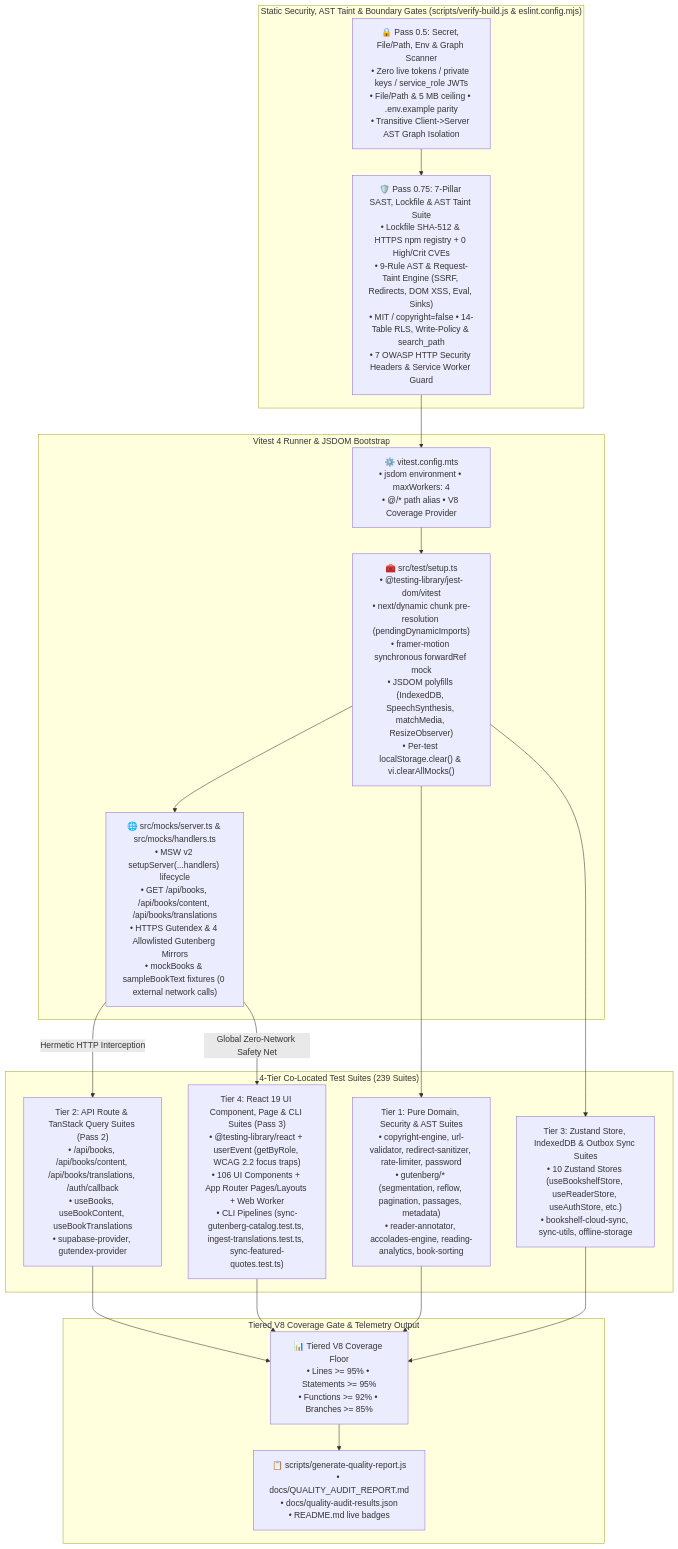
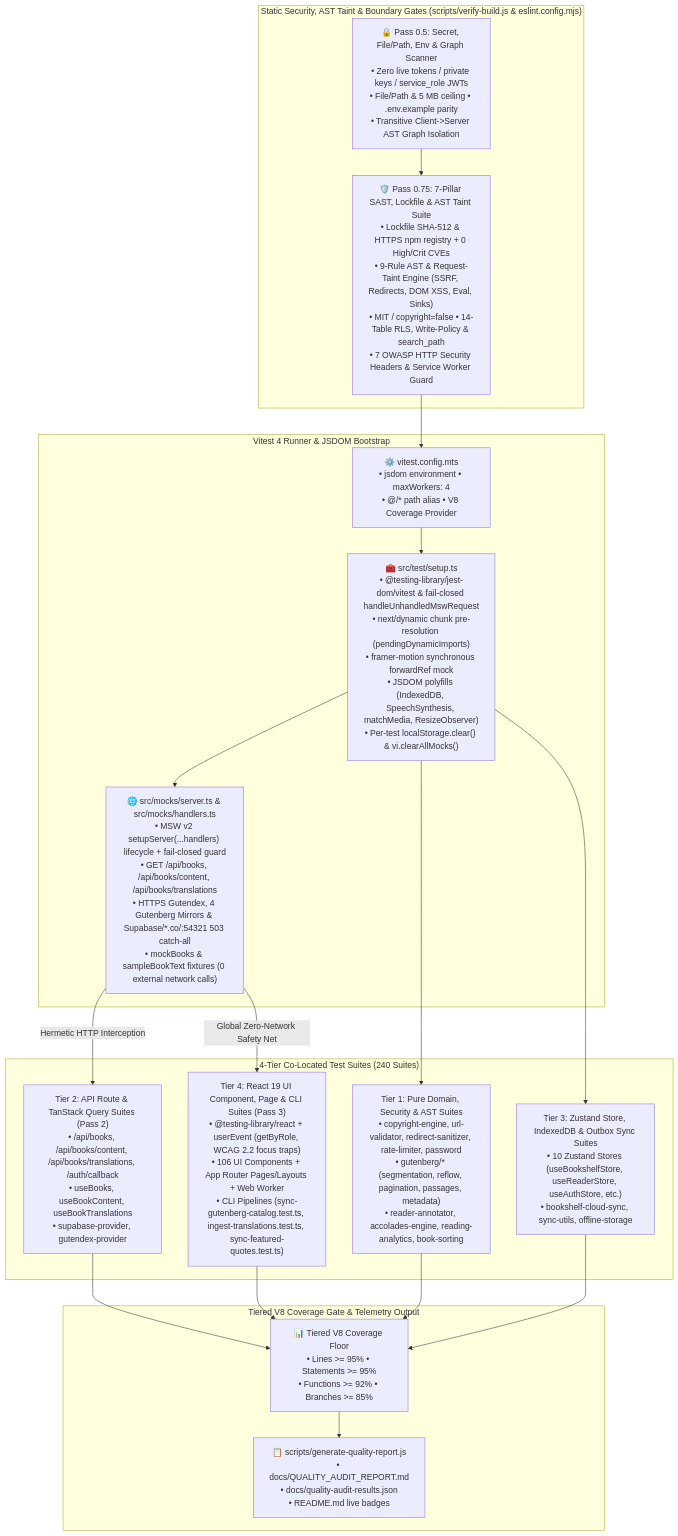
One commit to calin-m/Bookarium changed the ninth of 13 diagrams in docs/ARCHITECTURE.md. Above: the diagram before and after it, drawn with Mermaid. The commit also changed other lines of this file and 64 other files, not shown here.

First line of the commit message:
perf(sync,cache,test): coalesce Supabase auth/store syncs, enforce 15s cooldowns, align server/Edge caching and fail-closed MSW isolation

````diff
--- a/docs/ARCHITECTURE.md
+++ b/docs/ARCHITECTURE.md
@@ -1139,39 +1139,39 @@
 ```mermaid
 flowchart TD
     subgraph SecurityGates ["Static Security, AST Taint & Boundary Gates (scripts/verify-build.js & eslint.config.mjs)"]
         Pass05["🔒 Pass 0.5: Secret, File/Path, Env & Graph Scanner\n• Zero live tokens / private keys / service_role JWTs\n• File/Path & 5 MB ceiling • .env.example parity\n• Transitive Client->Server AST Graph Isolation"]
         Pass075["🛡️ Pass 0.75: 7-Pillar SAST, Lockfile & AST Taint Suite\n• Lockfile SHA-512 & HTTPS npm registry + 0 High/Crit CVEs\n• 9-Rule AST & Request-Taint Engine (SSRF, Redirects, DOM XSS, Eval, Sinks)\n• MIT / copyright=false • 14-Table RLS, Write-Policy & search_path\n• 7 OWASP HTTP Security Headers & Service Worker Guard"]
     end
 
     subgraph TestRunner ["Vitest 4 Runner & JSDOM Bootstrap"]
         VitestCfg["⚙️ vitest.config.mts\n• jsdom environment • maxWorkers: 4\n• @/* path alias • V8 Coverage Provider"]
-        TestSetup["🧰 src/test/setup.ts\n• @testing-library/jest-dom/vitest\n• next/dynamic chunk pre-resolution (pendingDynamicImports)\n• framer-motion synchronous forwardRef mock\n• JSDOM polyfills (IndexedDB, SpeechSynthesis, matchMedia, ResizeObserver)\n• Per-test localStorage.clear() & vi.clearAllMocks()"]
-        MSWServer["🌐 src/mocks/server.ts & src/mocks/handlers.ts\n• MSW v2 setupServer(...handlers) lifecycle\n• GET /api/books, /api/books/content, /api/books/translations\n• HTTPS Gutendex & 4 Allowlisted Gutenberg Mirrors\n• mockBooks & sampleBookText fixtures (0 external network calls)"]
+        TestSetup["🧰 src/test/setup.ts\n• @testing-library/jest-dom/vitest & fail-closed handleUnhandledMswRequest\n• next/dynamic chunk pre-resolution (pendingDynamicImports)\n• framer-motion synchronous forwardRef mock\n• JSDOM polyfills (IndexedDB, SpeechSynthesis, matchMedia, ResizeObserver)\n• Per-test localStorage.clear() & vi.clearAllMocks()"]
+        MSWServer["🌐 src/mocks/server.ts & src/mocks/handlers.ts\n• MSW v2 setupServer(...handlers) lifecycle + fail-closed guard\n• GET /api/books, /api/books/content, /api/books/translations\n• HTTPS Gutendex, 4 Gutenberg Mirrors & Supabase/*.co/:54321 503 catch-all\n• mockBooks & sampleBookText fixtures (0 external network calls)"]
     end
 
-    subgraph TestTiers ["4-Tier Co-Located Test Suites (239 Suites)"]
+    subgraph TestTiers ["4-Tier Co-Located Test Suites (240 Suites)"]
         Tier1["Tier 1: Pure Domain, Security & AST Suites\n• copyright-engine, url-validator, redirect-sanitizer, rate-limiter, password\n• gutenberg/* (segmentation, reflow, pagination, passages, metadata)\n• reader-annotator, accolades-engine, reading-analytics, book-sorting"]
         Tier2["Tier 2: API Route & TanStack Query Suites (Pass 2)\n• /api/books, /api/books/content, /api/books/translations, /auth/callback\n• useBooks, useBookContent, useBookTranslations\n• supabase-provider, gutendex-provider"]
         Tier3["Tier 3: Zustand Store, IndexedDB & Outbox Sync Suites\n• 10 Zustand Stores (useBookshelfStore, useReaderStore, useAuthStore, etc.)\n• bookshelf-cloud-sync, sync-utils, offline-storage"]
         Tier4["Tier 4: React 19 UI Component, Page & CLI Suites (Pass 3)\n• @testing-library/react + userEvent (getByRole, WCAG 2.2 focus traps)\n• 106 UI Components + App Router Pages/Layouts + Web Worker\n• CLI Pipelines (sync-gutenberg-catalog.test.ts, ingest-translations.test.ts, sync-featured-quotes.test.ts)"]
     end
 
     subgraph CoverageGate ["Tiered V8 Coverage Gate & Telemetry Output"]
         V8Thresholds["📊 Tiered V8 Coverage Floor\n• Lines >= 95% • Statements >= 95%\n• Functions >= 92% • Branches >= 85%"]
         QualityReport["📋 scripts/generate-quality-report.js\n• docs/QUALITY_AUDIT_REPORT.md\n• docs/quality-audit-results.json\n• README.md live badges"]
     end
 
     Pass05 --> Pass075
     Pass075 --> VitestCfg
     VitestCfg --> TestSetup
     TestSetup --> MSWServer
     TestSetup --> Tier1
     MSWServer -->|"Hermetic HTTP Interception"| Tier2
     TestSetup --> Tier3
     MSWServer -->|"Global Zero-Network Safety Net"| Tier4
     Tier1 --> V8Thresholds
     Tier2 --> V8Thresholds
     Tier3 --> V8Thresholds
     Tier4 --> V8Thresholds
     V8Thresholds --> QualityReport
 ```
````
